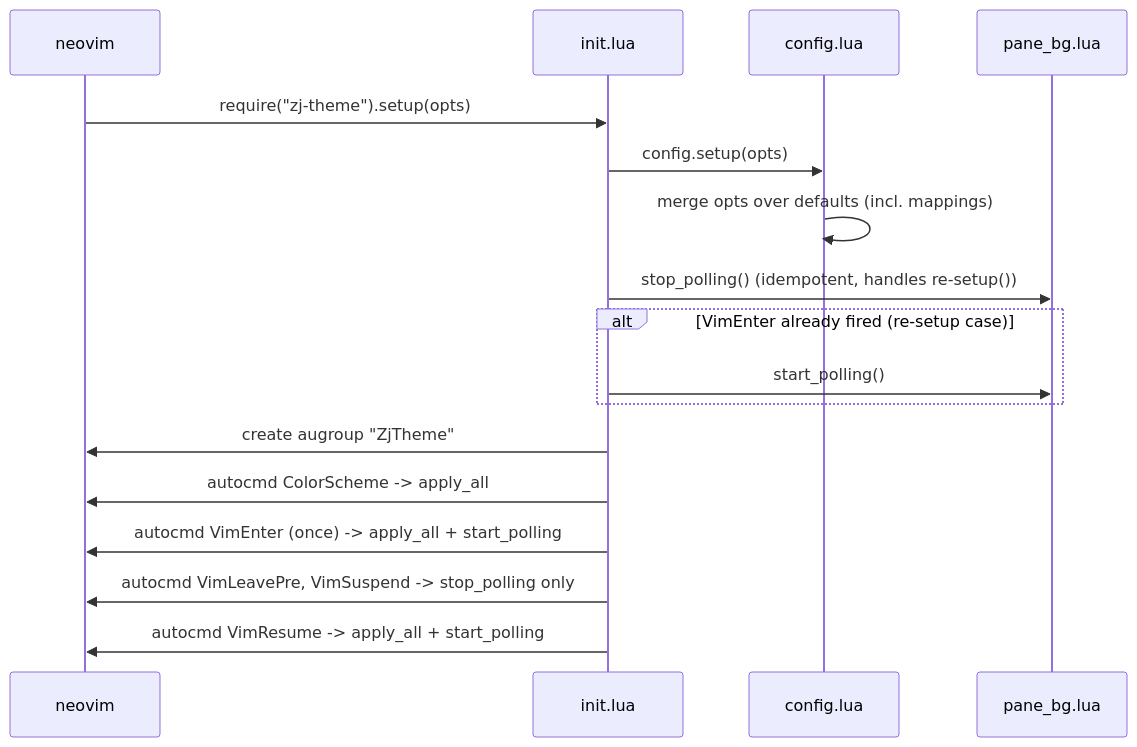
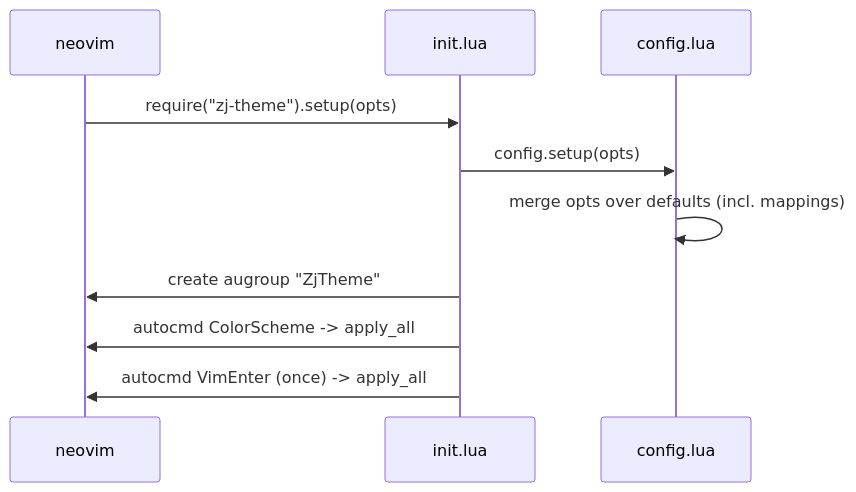
One commit to jaimeibanezrivera/zj-theme changed the third of 9 diagrams in ARCHITECTURE.md. Above: the diagram before and after it, drawn with Mermaid. The commit also changed other lines of this file and 18 other files, not shown here.

````diff
--- a/ARCHITECTURE.md
+++ b/ARCHITECTURE.md
@@ -82,20 +92,13 @@
 ```mermaid
 sequenceDiagram
     participant Nvim as neovim
     participant Init as init.lua
     participant Config as config.lua
-    participant PaneBg as pane_bg.lua
 
     Nvim->>Init: require("zj-theme").setup(opts)
     Init->>Config: config.setup(opts)
     Config->>Config: merge opts over defaults (incl. mappings)
-    Init->>PaneBg: stop_polling()  (idempotent, handles re-setup())
-    alt VimEnter already fired (re-setup case)
-        Init->>PaneBg: start_polling()
-    end
     Init->>Nvim: create augroup "ZjTheme"
     Init->>Nvim: autocmd ColorScheme -> apply_all
-    Init->>Nvim: autocmd VimEnter (once) -> apply_all + start_polling
-    Init->>Nvim: autocmd VimLeavePre, VimSuspend -> stop_polling only
-    Init->>Nvim: autocmd VimResume -> apply_all + start_polling
+    Init->>Nvim: autocmd VimEnter (once) -> apply_all
 ```
````
